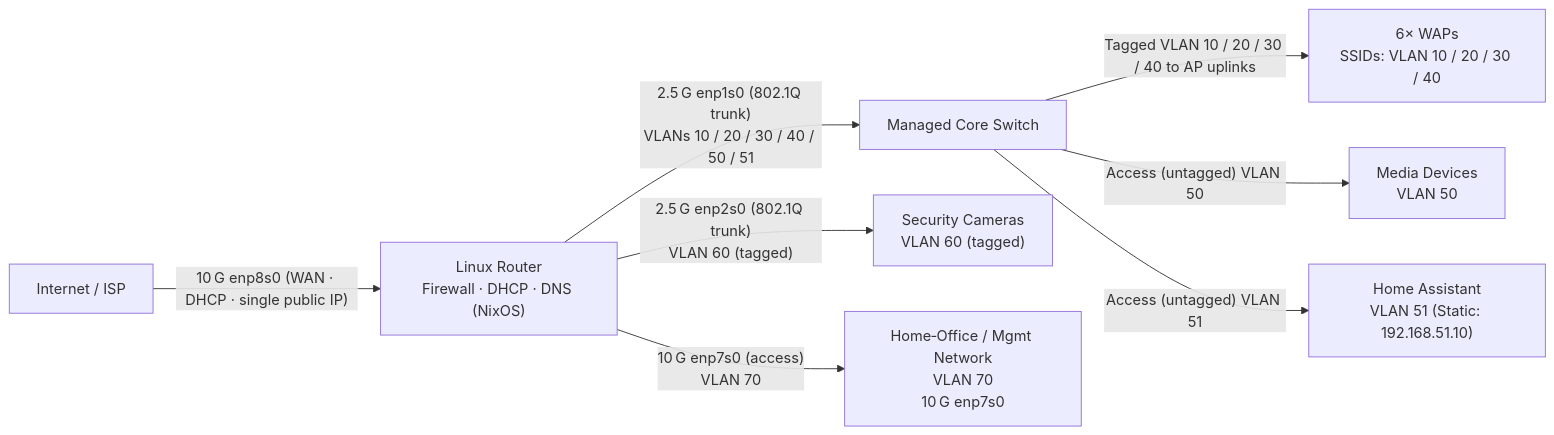
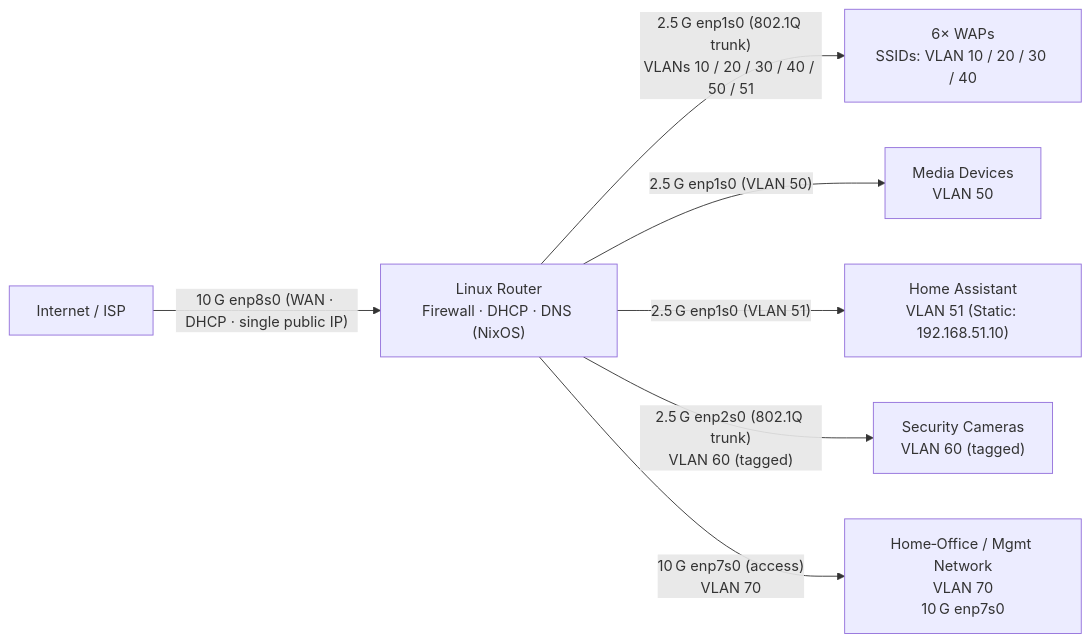
One commit to GEMISIS/home-network-setup changed the diagram in ARCH.md. Above: the diagram before and after it, drawn with Mermaid. The commit also changed other lines of this file and 4 other files, not shown here.

Commit message:
Remove core switch and update VLAN topology

````diff
--- a/ARCH.md
+++ b/ARCH.md
@@ -26,24 +28,20 @@
 ```mermaid
 flowchart LR
     %% ── Nodes ────────────────────────────────────────────────
     ISP["Internet / ISP"]
     Router["Linux Router<br/>Firewall · DHCP · DNS (NixOS)"]
-    SwitchNode["Managed Core Switch"]
     WAPs["6× WAPs<br/>SSIDs: VLAN 10 / 20 / 30 / 40"]
     Media["Media Devices<br/>VLAN 50"]
     HA["Home Assistant<br/>VLAN 51 (Static: 192.168.51.10)"]
     Cameras["Security Cameras<br/>VLAN 60 (tagged)"]
     HomeOffice["Home‑Office / Mgmt Network<br/>VLAN 70<br/>10 G enp7s0"]
 
     %% ── Links (corrected NIC mapping) ────────────────────────
     ISP -->|"10 G enp8s0 (WAN · DHCP · single public IP)"| Router
 
-    Router -->|"2.5 G enp1s0 (802.1Q trunk)<br/>VLANs 10 / 20 / 30 / 40 / 50 / 51"| SwitchNode
+    Router -->|"2.5 G enp1s0 (802.1Q trunk)<br/>VLANs 10 / 20 / 30 / 40 / 50 / 51"| WAPs
+    Router -->|"2.5 G enp1s0 (VLAN 50)"| Media
+    Router -->|"2.5 G enp1s0 (VLAN 51)"| HA
     Router -->|"2.5 G enp2s0 (802.1Q trunk)<br/>VLAN 60 (tagged)"| Cameras
     Router -->|"10 G enp7s0 (access)<br/>VLAN 70"| HomeOffice
-
-    %% ── Access on the core switch ────────────────────────────
-    SwitchNode -->|"Tagged VLAN 10 / 20 / 30 / 40 to AP uplinks"| WAPs
-    SwitchNode -->|"Access (untagged) VLAN 50"| Media
-    SwitchNode -->|"Access (untagged) VLAN 51"| HA
 ```
````
